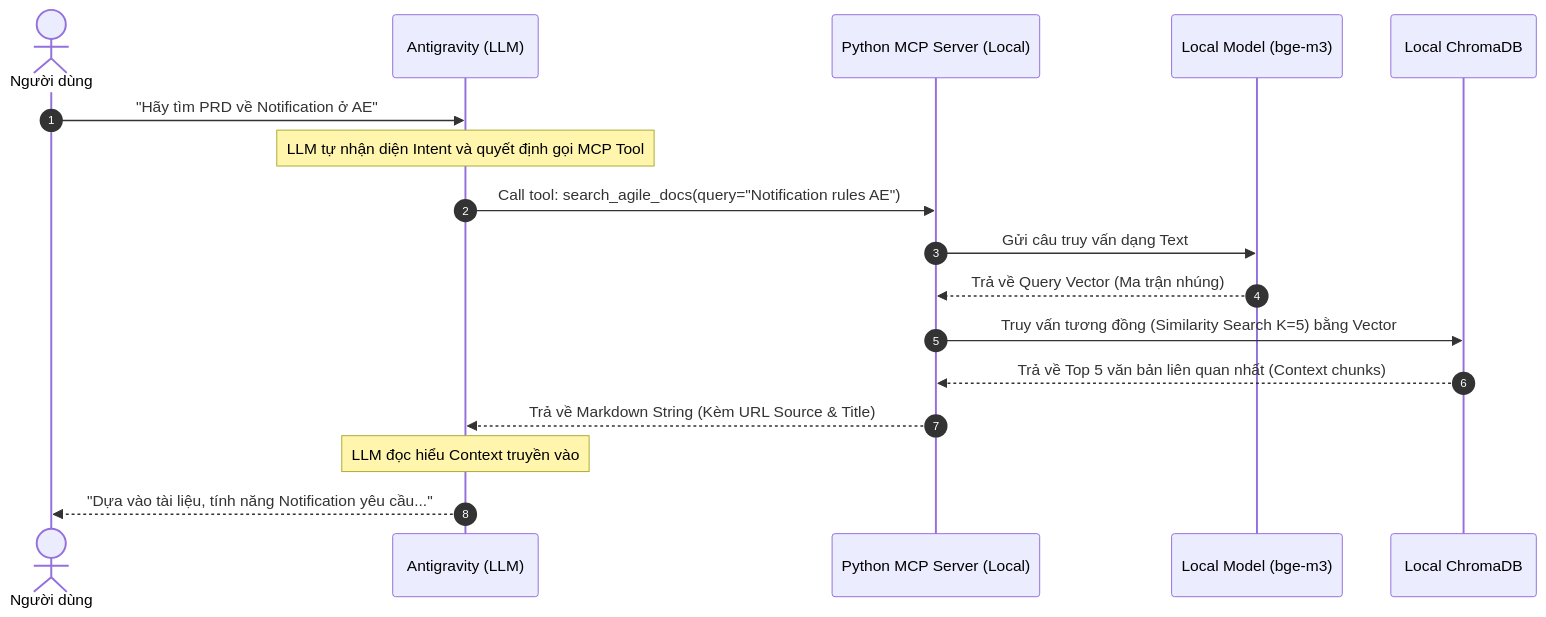
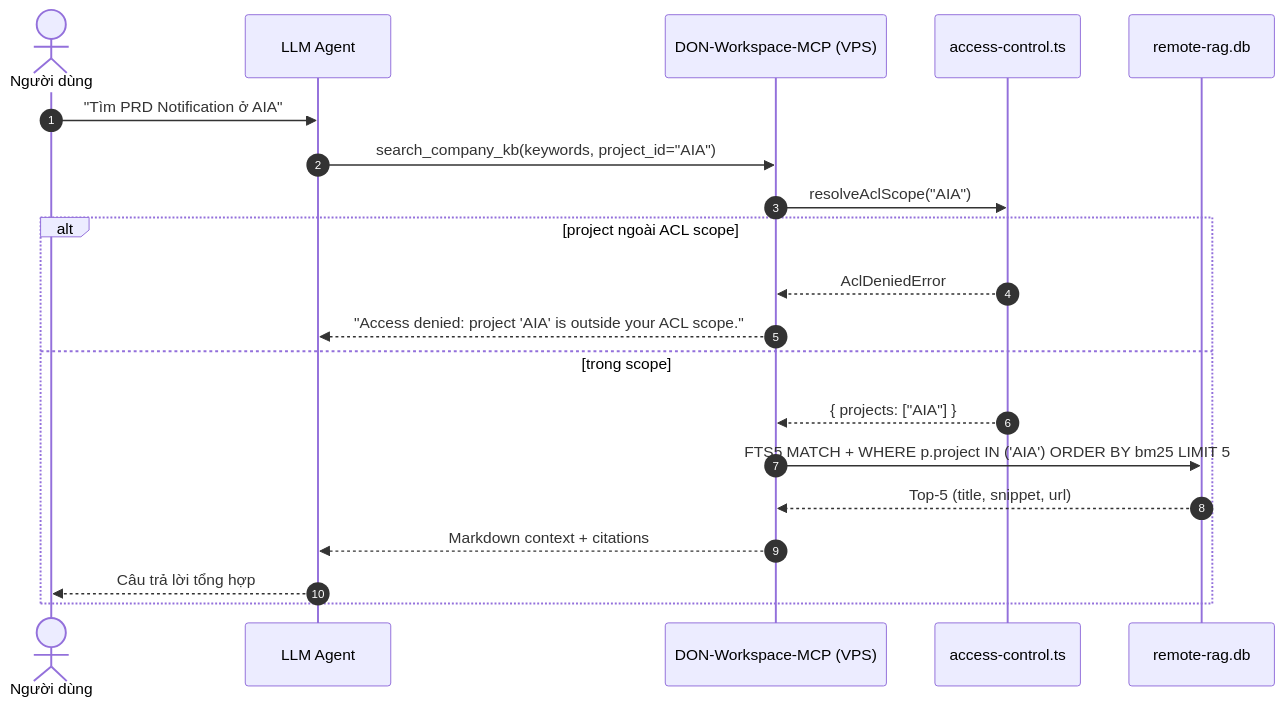
One commit to cachep-xidau/MCP-server changed the fourth of 4 diagrams in docs/system-architecture.md. Above: the diagram before and after it, drawn with Mermaid. The commit also changed other lines of this file and 4 other files, not shown here.

````diff
--- a/docs/system-architecture.md
+++ b/docs/system-architecture.md
@@ -111,25 +95,23 @@
 ```mermaid
 sequenceDiagram
     autonumber
     actor User as Người dùng
-    participant AI as Antigravity (LLM)
-    participant MCP as Python MCP Server (Local)
-    participant LB_Model as Local Model (bge-m3)
-    participant DB as Local ChromaDB
-    
-    User->>AI: "Hãy tìm PRD về Notification ở AE"
-    
-    Note over AI: LLM tự nhận diện Intent và quyết định gọi MCP Tool
-    AI->>MCP: Call tool: search_agile_docs(query="Notification rules AE")
-    
-    MCP->>LB_Model: Gửi câu truy vấn dạng Text
-    LB_Model-->>MCP: Trả về Query Vector (Ma trận nhúng)
-    
-    MCP->>DB: Truy vấn tương đồng (Similarity Search K=5) bằng Vector
-    DB-->>MCP: Trả về Top 5 văn bản liên quan nhất (Context chunks)
-    
-    MCP-->>AI: Trả về Markdown String (Kèm URL Source & Title)
-    
-    Note over AI: LLM đọc hiểu Context truyền vào
-    AI-->>User: "Dựa vào tài liệu, tính năng Notification yêu cầu..."
+    participant AI as LLM Agent
+    participant MCP as DON-Workspace-MCP (VPS)
+    participant ACL as access-control.ts
+    participant DB as remote-rag.db
+
+    User->>AI: "Tìm PRD Notification ở AIA"
+    AI->>MCP: search_company_kb(keywords, project_id="AIA")
+    MCP->>ACL: resolveAclScope("AIA")
+    alt project ngoài ACL scope
+        ACL-->>MCP: AclDeniedError
+        MCP-->>AI: "Access denied: project 'AIA' is outside your ACL scope."
+    else trong scope
+        ACL-->>MCP: { projects: ["AIA"] }
+        MCP->>DB: FTS5 MATCH + WHERE p.project IN ('AIA') ORDER BY bm25 LIMIT 5
+        DB-->>MCP: Top-5 (title, snippet, url)
+        MCP-->>AI: Markdown context + citations
+        AI-->>User: Câu trả lời tổng hợp
+    end
 ```
````
